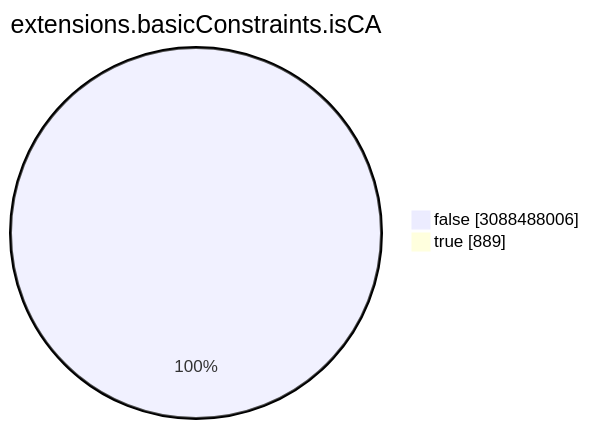
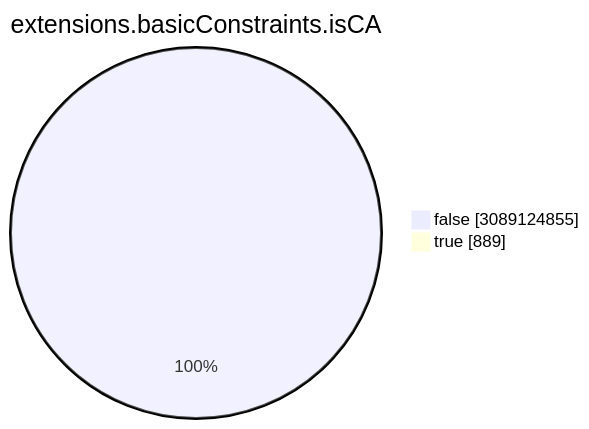
Before and after one commit to christiankrug/ctmonitor_visualization: the seventh of 15 diagrams in TOTAL/README.md, drawn with Mermaid. The commit also changed other lines of this file, not shown here.

````diff
--- a/TOTAL/README.md
+++ b/TOTAL/README.md
@@ -3088,6 +3088,6 @@
 ```mermaid
 pie showData
 title extensions.basicConstraints.isCA
-"false" :3088488006
+"false" :3089124855
 "true" :889
 ```
````
